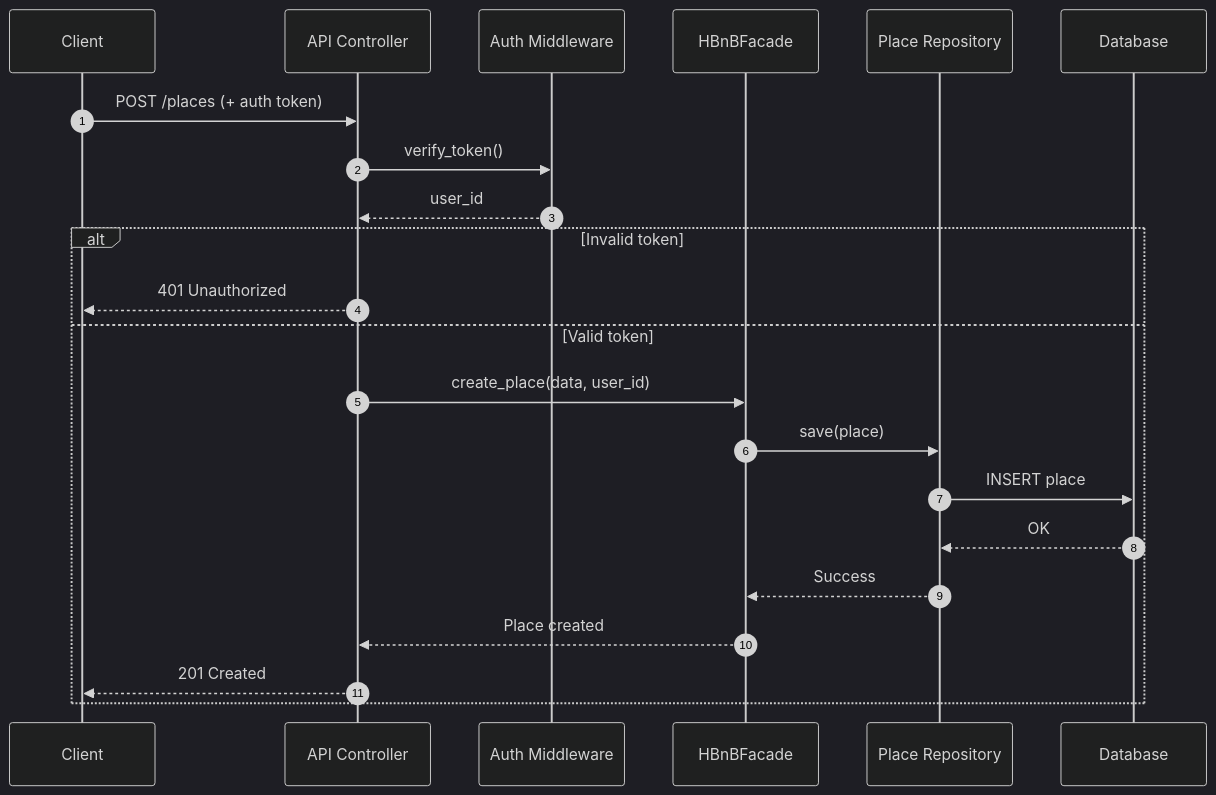
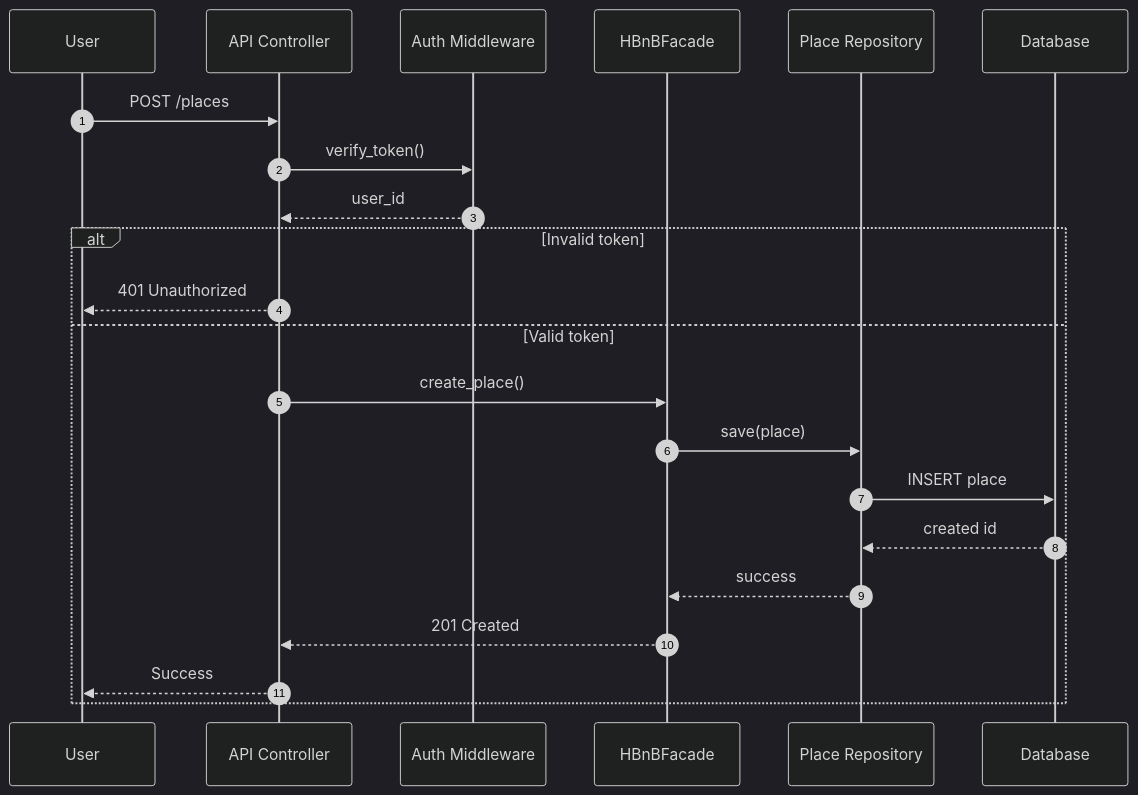
One commit to mnarzaid247-stack/holbertonschool-hbnb changed the fourth of 6 diagrams in part1/README.md. Above: the diagram before and after it, drawn with Mermaid (dark theme). The commit also changed other lines of this file and 1 other file, not shown here.

Commit message:
refactor(docs): update API interaction flow documentation and remove obsolete file

````diff
--- a/part1/README.md
+++ b/part1/README.md
@@ -345,26 +362,26 @@
 ```mermaid
 sequenceDiagram
-    autonumber
-    participant Client
-    participant API as API Controller
-    participant Auth as Auth Middleware
-    participant Facade as HBnBFacade
-    participant PlaceRepo as Place Repository
-    participant DB as Database
+autonumber
+participant Client as User
+participant API as API Controller
+participant Auth as Auth Middleware
+participant Facade as HBnBFacade
+participant PlaceRepo as Place Repository
+participant DB as Database
 
-    Client->>API: POST /places (+ auth token)
-    API->>Auth: verify_token()
-    Auth-->>API: user_id
+Client->>API: POST /places
+API->>Auth: verify_token()
+Auth-->>API: user_id
 
-    alt Invalid token
-        API-->>Client: 401 Unauthorized
-    else Valid token
-        API->>Facade: create_place(data, user_id)
-        Facade->>PlaceRepo: save(place)
-        PlaceRepo->>DB: INSERT place
-        DB-->>PlaceRepo: OK
-        PlaceRepo-->>Facade: Success
-        Facade-->>API: Place created
-        API-->>Client: 201 Created
-    end
+alt Invalid token
+API-->>Client: 401 Unauthorized
+else Valid token
+API->>Facade: create_place()
+Facade->>PlaceRepo: save(place)
+PlaceRepo->>DB: INSERT place
+DB-->>PlaceRepo: created id
+PlaceRepo-->>Facade: success
+Facade-->>API: 201 Created
+API-->>Client: Success
+end
 ```
````
